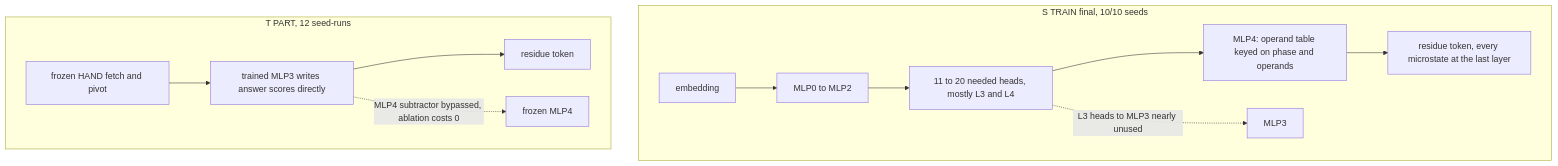
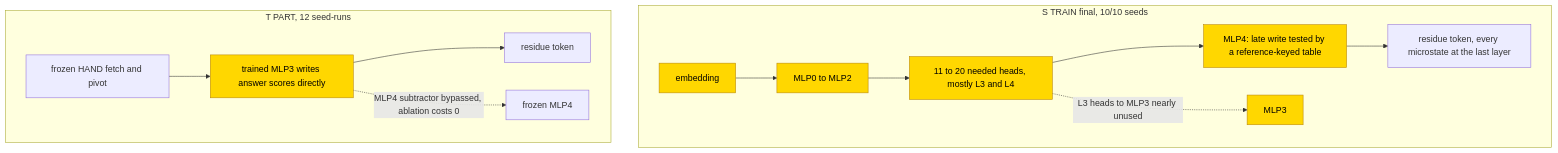
Before and after one commit to jc1122/mechanistic-interpretability-circuit-atlas: the second of 2 diagrams in entries/linear-systems-finite-fields.md, drawn with Mermaid. The commit also changed other lines of this file and 54 other files, not shown here.

````diff
--- a/entries/linear-systems-finite-fields.md
+++ b/entries/linear-systems-finite-fields.md
@@ -211,15 +202,17 @@
 ```mermaid
 flowchart TD
     subgraph TR["S TRAIN final, 10/10 seeds"]
         E["embedding"] --> M02["MLP0 to MLP2"]
         M02 --> H34["11 to 20 needed heads, mostly L3 and L4"]
-        H34 --> M4["MLP4: operand table keyed on phase and operands"]
+        H34 --> M4["MLP4: late write tested by a reference-keyed table"]
         H34 -.->|"L3 heads to MLP3 nearly unused"| M3T["MLP3"]
         M4 --> O["residue token, every microstate at the last layer"]
     end
     subgraph TP["T PART, 12 seed-runs"]
         F["frozen HAND fetch and pivot"] --> M3P["trained MLP3 writes answer scores directly"]
         M3P --> OP["residue token"]
         M3P -.->|"MLP4 subtractor bypassed, ablation costs 0"| M4P["frozen MLP4"]
     end
+    classDef trained fill:gold,stroke:darkgoldenrod,color:black
+    class E,M02,H34,M4,M3T,M3P trained
 ```
````
